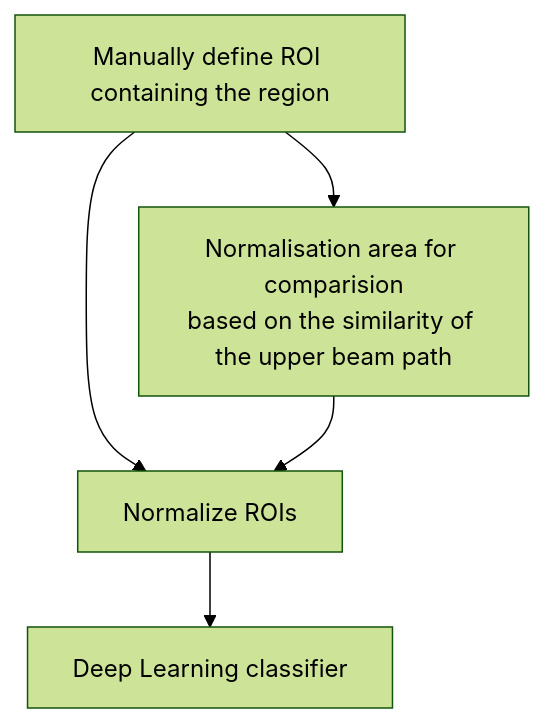
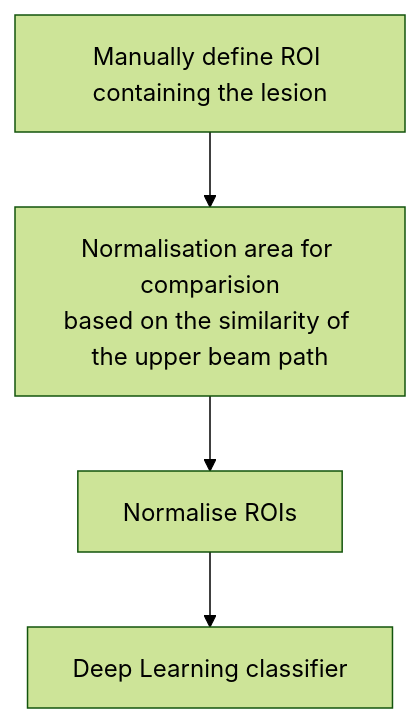
Before and after one commit to SeibelT/falcon: the diagram in README.md, drawn with Mermaid (forest theme). The commit also changed other lines of this file, not shown here.

````diff
--- a/README.md
+++ b/README.md
@@ -26,7 +42,6 @@
 ```mermaid
 graph TD;
-    A[Manually define ROI containing the region] --> B[Normalize ROIs];
-    B --> C[Deep Learning classifier];
-    A --> D[Normalisation area for comparision\nbased on the similarity of the upper beam path];
+    B[Normalise ROIs] --> C[Deep Learning classifier];
+    A[Manually define ROI containing the lesion] --> D[Normalisation area for comparision\nbased on the similarity of the upper beam path];
     D-->B
 ```
````
